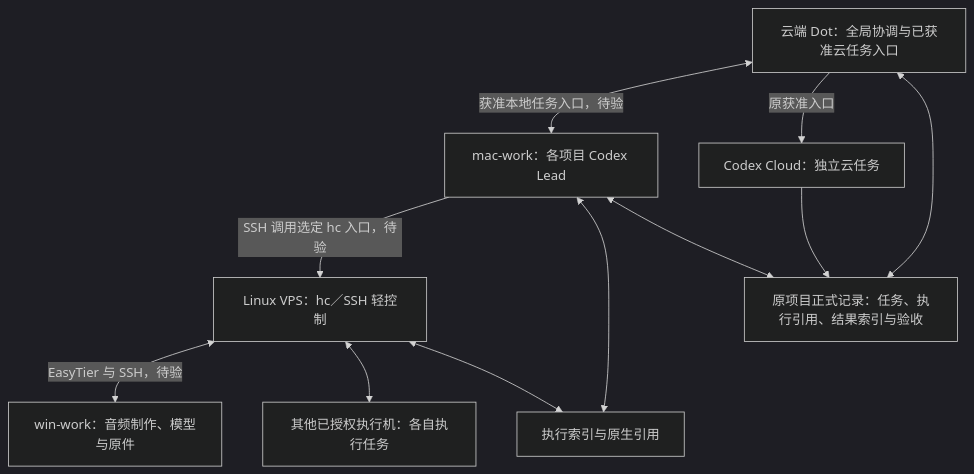
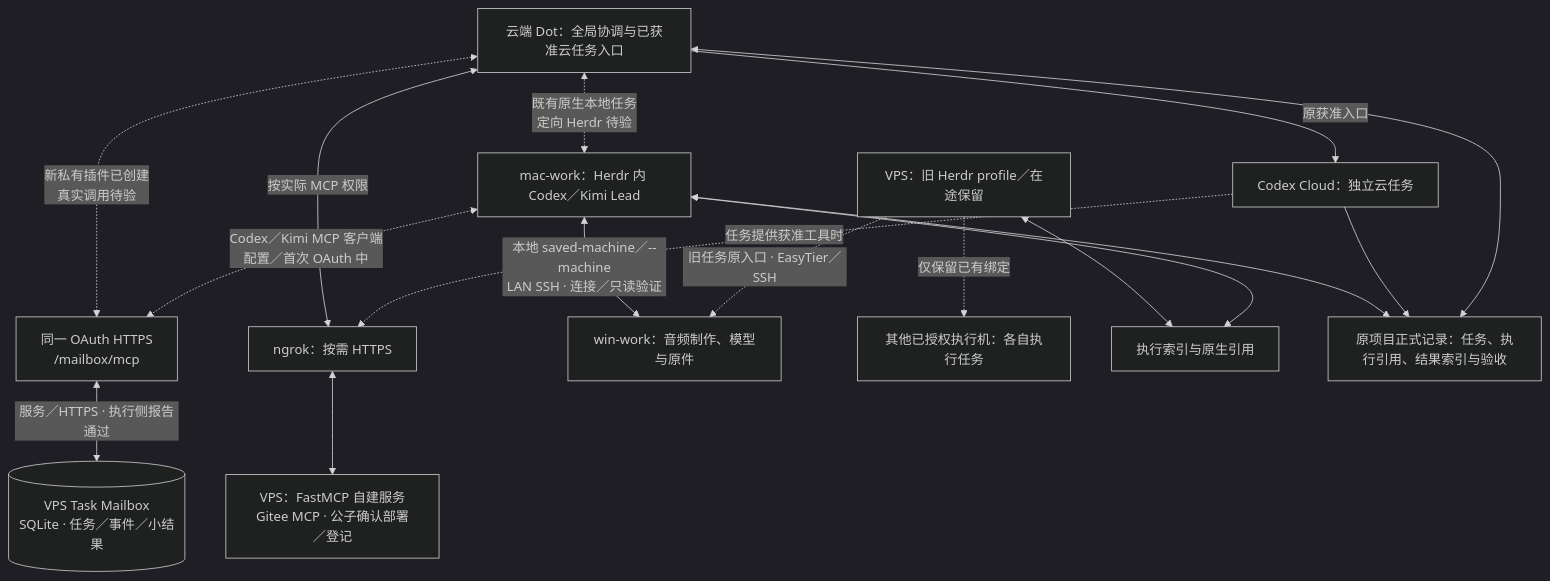
The diagram in docs/vps-control-pilot.md (CF-FE/herdr-4-codexcloud), drawn with Mermaid (dark theme) before and after one commit. The commit also changed other lines of this file and 35 other files, not shown here.

Commit message:
Update Herdr coordination architecture and worker guidance

````diff
--- a/docs/vps-control-pilot.md
+++ b/docs/vps-control-pilot.md
@@ -19,21 +25,31 @@
 ```mermaid
 flowchart TD
     D["云端 Dot：全局协调与已获准云任务入口"]
-    M["mac-work：各项目 Codex Lead"]
-    V["Linux VPS：hc／SSH 轻控制"]
+    M["mac-work：Herdr 内 Codex／Kimi Lead"]
+    V["VPS：旧 Herdr profile／在途保留"]
+    S["VPS：FastMCP 自建服务<br/>Gitee MCP · 公子确认部署／登记"]
+    N["ngrok：按需 HTTPS"]
+    E["同一 OAuth HTTPS<br/>/mailbox/mcp"]
+    B[("VPS Task Mailbox<br/>SQLite · 任务／事件／小结果")]
     W["win-work：音频制作、模型与原件"]
     O["其他已授权执行机：各自执行任务"]
     C["Codex Cloud：独立云任务"]
     I["执行索引与原生引用"]
     R["原项目正式记录：任务、执行引用、结果索引与验收"]
-    D <-->|"获准本地任务入口，待验"| M
-    M -->|"SSH 调用选定 hc 入口，待验"| V
-    V <-->|"EasyTier 与 SSH，待验"| W
-    V <--> O
+    D <-.->|"既有原生本地任务<br/>定向 Herdr 待验"| M
+    D <-.->|"新私有插件已创建<br/>真实调用待验"| E
+    M <-.->|"Codex／Kimi MCP 客户端<br/>配置／首次 OAuth 中"| E
+    E <-->|"服务／HTTPS · 执行侧报告通过"| B
+    M <-->|"本地 saved-machine／--machine<br/>LAN SSH · 连接／只读验证"| W
+    V -.->|"旧任务原入口 · EasyTier／SSH"| W
+    V -.->|"仅保留已有绑定"| O
     D -->|"原获准入口"| C
+    D <-->|"按实际 MCP 权限"| N
+    C -.->|"任务提供获准工具时"| N
+    N <--> S
     V <--> I
     M <--> I
     M <--> R
     C --> R
     D <--> R
 ```
````
